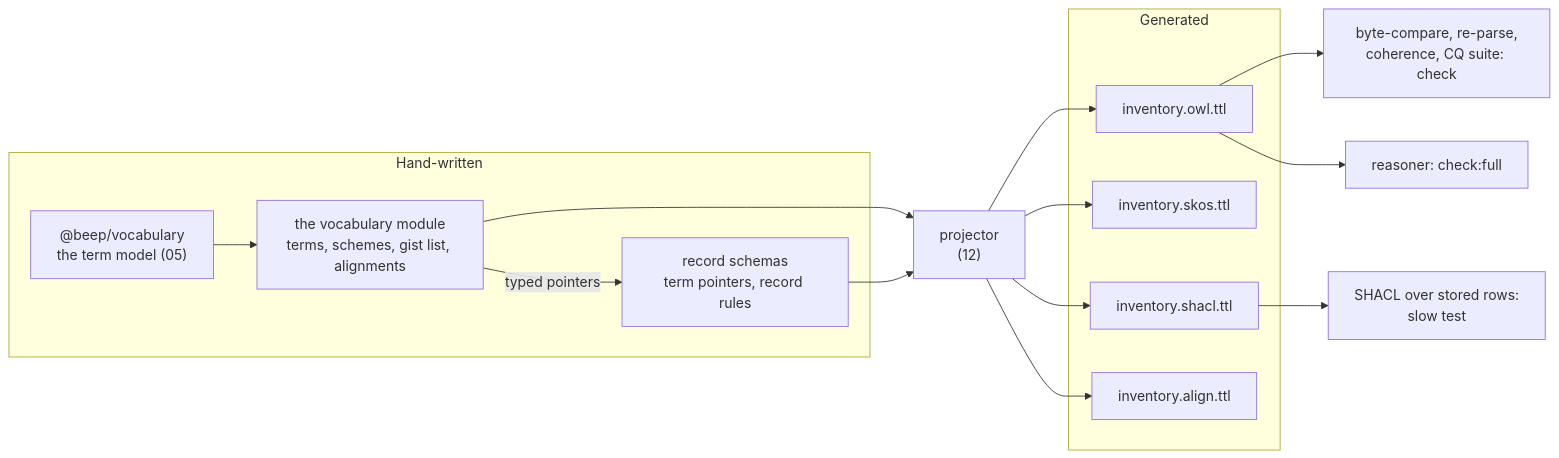
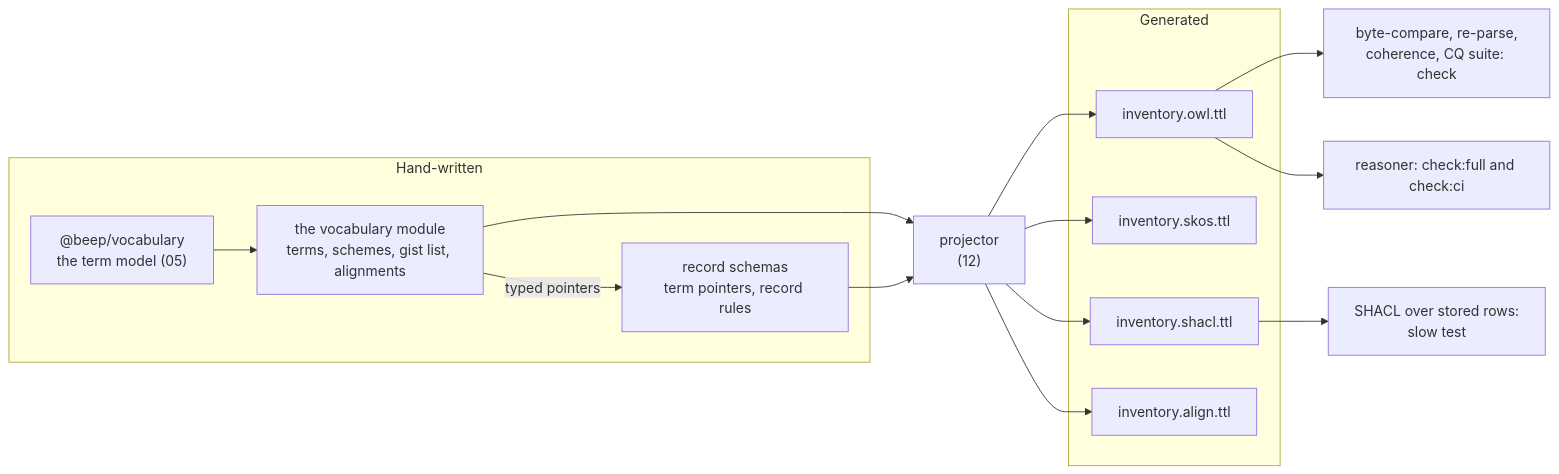
One commit to kriegcloud/inventory-import changed the diagram in explorations/erp-ontology/BRIEF.md. Above: the diagram before and after it, drawn with Mermaid. The commit also changed other lines of this file and 14 other files, not shown here.

````diff
--- a/explorations/erp-ontology/BRIEF.md
+++ b/explorations/erp-ontology/BRIEF.md
@@ -57,22 +177,22 @@
 ```mermaid
 flowchart LR
   subgraph Hand-written
     M["@beep/vocabulary<br/>the term model (05)"]
     V["the vocabulary module<br/>terms, schemes, gist list, alignments"]
     R["record schemas<br/>term pointers, record rules"]
   end
   subgraph Generated
     O["inventory.owl.ttl"]
     S["inventory.skos.ttl"]
     H["inventory.shacl.ttl"]
     A["inventory.align.ttl"]
   end
   M --> V
   V -- typed pointers --> R
   V --> P["projector<br/>(12)"]
   R --> P
   P --> O & S & H & A
   O --> G1["byte-compare, re-parse,<br/>coherence, CQ suite: check"]
-  O --> G2["reasoner: check:full"]
+  O --> G2["reasoner: check:full and check:ci"]
   H --> G3["SHACL over stored rows:<br/>slow test"]
 ```
````
